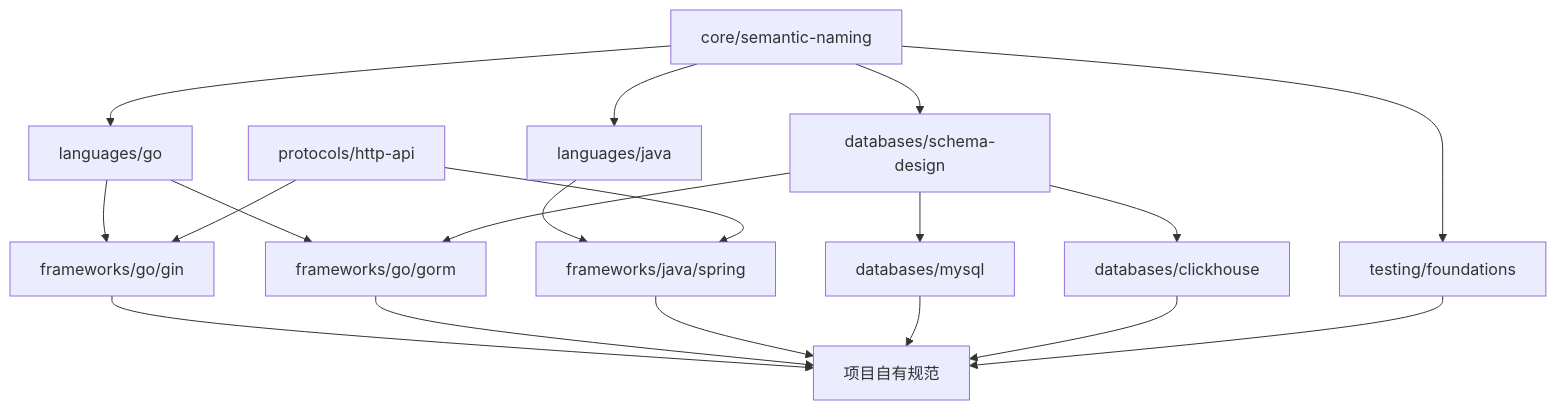
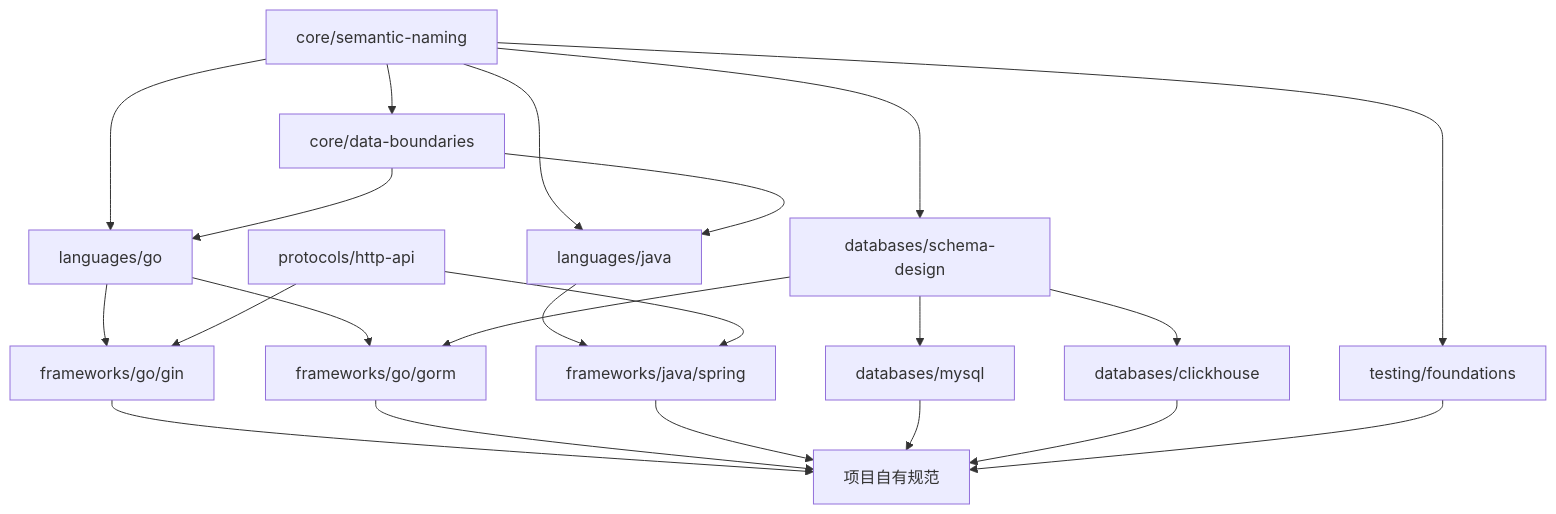
The first of 3 diagrams in docs/specification-model.zh-CN.md (XiaoWeiKIN/EngineeringSpecifications), drawn with Mermaid before and after one commit. The commit also changed other lines of this file and 22 other files, not shown here.

````diff
--- a/docs/specification-model.zh-CN.md
+++ b/docs/specification-model.zh-CN.md
@@ -33,34 +33,38 @@
 ```mermaid
 flowchart TB
-    Core["core/semantic-naming"]
+    Naming["core/semantic-naming"]
+    Boundary["core/data-boundaries"]
     Go["languages/go"]
     Java["languages/java"]
     HTTP["protocols/http-api"]
     Gin["frameworks/go/gin"]
     Gorm["frameworks/go/gorm"]
     Spring["frameworks/java/spring"]
     Schema["databases/schema-design"]
     MySQL["databases/mysql"]
     ClickHouse["databases/clickhouse"]
     Testing["testing/foundations"]
     Project["项目自有规范"]
 
-    Core --> Go
-    Core --> Java
-    Core --> Schema
-    Core --> Testing
+    Naming --> Boundary
+    Naming --> Go
+    Boundary --> Go
+    Naming --> Java
+    Boundary --> Java
+    Naming --> Schema
+    Naming --> Testing
     Go --> Gin
     HTTP --> Gin
     Go --> Gorm
     Schema --> Gorm
     Java --> Spring
     HTTP --> Spring
     Schema --> MySQL
     Schema --> ClickHouse
     Gin --> Project
     Gorm --> Project
     Spring --> Project
     MySQL --> Project
     ClickHouse --> Project
     Testing --> Project
 ```
````
